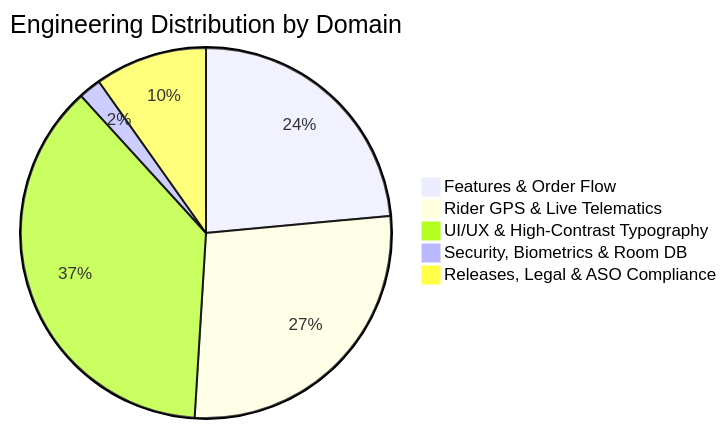
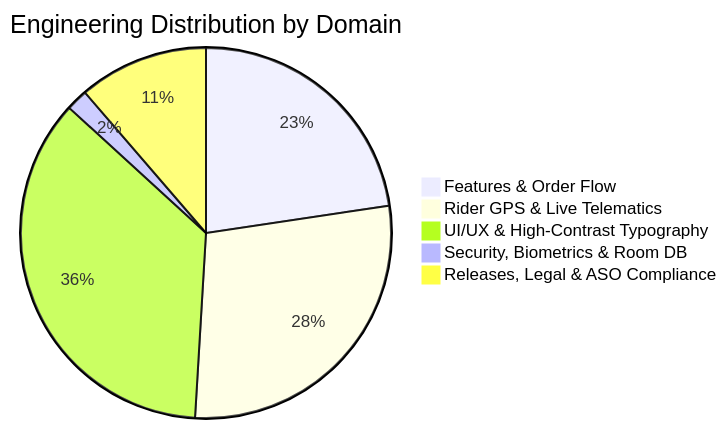
Before and after one commit to daniyal44/Zyphuel-App: the second of 2 diagrams in README.md, drawn with Mermaid. The commit also changed other lines of this file, not shown here.

Commit message:
chore(dashboard): auto-update code-based engineering velocity graph [skip ci]

````diff
--- a/README.md
+++ b/README.md
@@ -60,8 +60,8 @@
 ```mermaid
 pie title Engineering Distribution by Domain
     "Features & Order Flow" : 12
-    "Rider GPS & Live Telematics" : 14
+    "Rider GPS & Live Telematics" : 15
     "UI/UX & High-Contrast Typography" : 19
     "Security, Biometrics & Room DB" : 1
-    "Releases, Legal & ASO Compliance" : 5
+    "Releases, Legal & ASO Compliance" : 6
 ```
````
